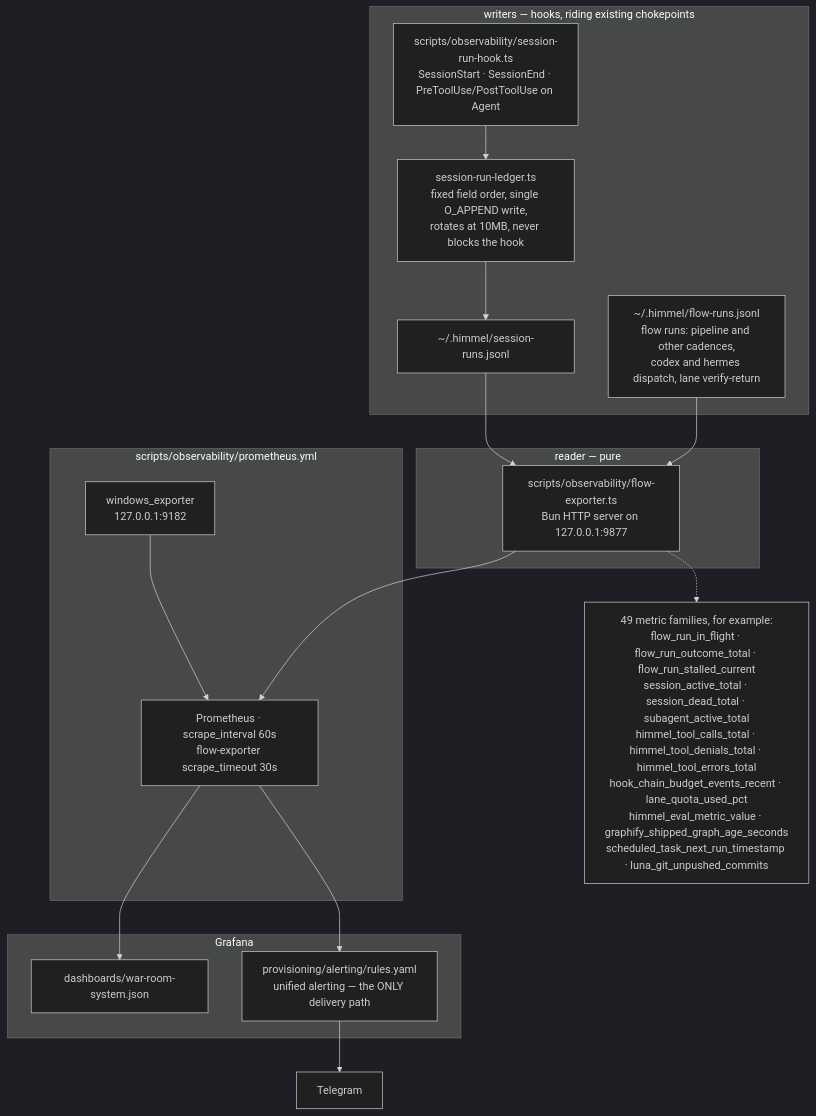
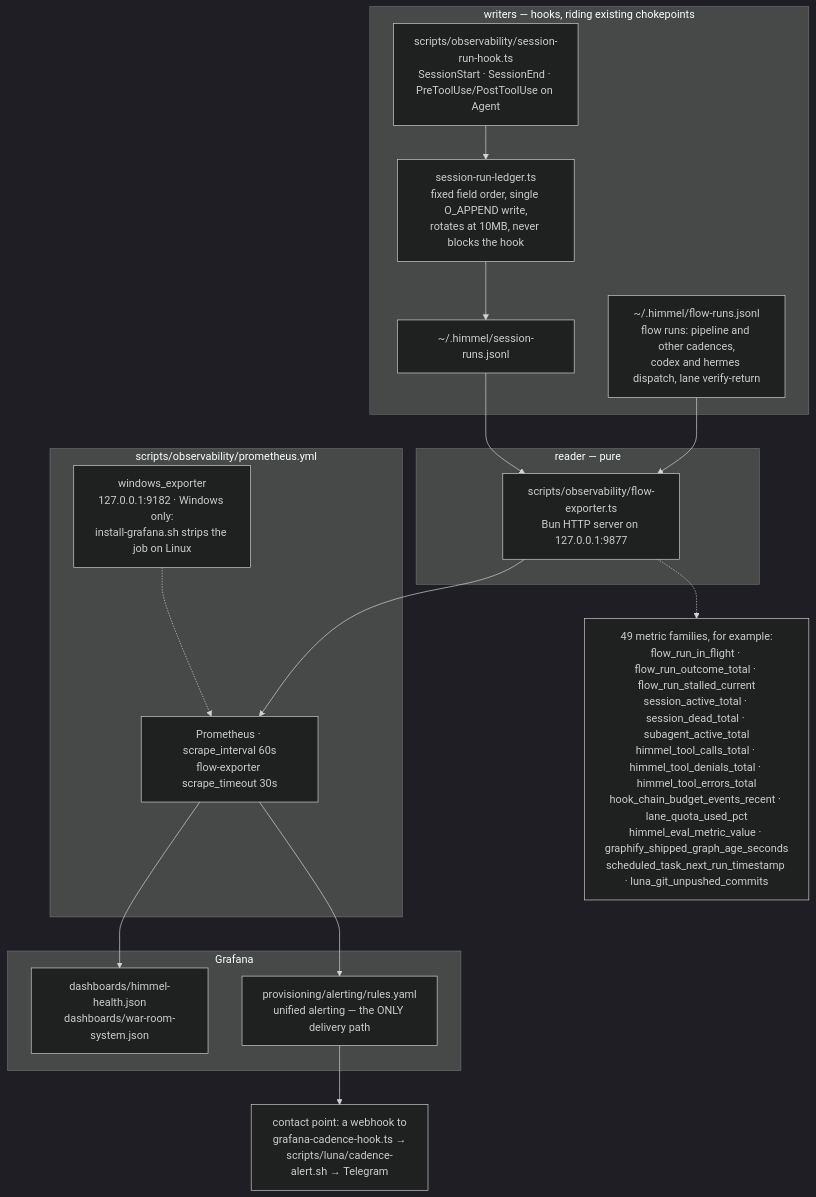
One commit to yotamleo-org/Himmel changed the fifth of 5 diagrams in docs/architecture.md. Above: the diagram before and after it, drawn with Mermaid (dark theme). The commit also changed other lines of this file and 1 other file, not shown here.

First line of the commit message:
docs(docs-site): [HIMMEL-7480] every diagram names what the code at HEAD has

````diff
--- a/docs/architecture.md
+++ b/docs/architecture.md
@@ -278,34 +278,34 @@
 ```mermaid
 flowchart TD
     subgraph WRITE["writers — hooks, riding existing chokepoints"]
         HK["scripts/observability/session-run-hook.ts<br/>SessionStart · SessionEnd · PreToolUse/PostToolUse on Agent"]
         SL["session-run-ledger.ts<br/>fixed field order, single O_APPEND write,<br/>rotates at 10MB, never blocks the hook"]
         LED["~/.himmel/session-runs.jsonl"]
         FLOW["~/.himmel/flow-runs.jsonl<br/>flow runs: pipeline and other cadences,<br/>codex and hermes dispatch, lane verify-return"]
         HK --> SL --> LED
     end
 
     subgraph READ["reader — pure"]
         EXP["scripts/observability/flow-exporter.ts<br/>Bun HTTP server on 127.0.0.1:9877"]
         LED --> EXP
         FLOW --> EXP
     end
 
     subgraph SCRAPE["scripts/observability/prometheus.yml"]
         PROM["Prometheus · scrape_interval 60s<br/>flow-exporter scrape_timeout 30s"]
-        WEXP["windows_exporter<br/>127.0.0.1:9182"]
+        WEXP["windows_exporter<br/>127.0.0.1:9182 · Windows only:<br/>install-grafana.sh strips the job on Linux"]
         EXP --> PROM
-        WEXP --> PROM
+        WEXP -.-> PROM
     end
 
     subgraph VIEW["Grafana"]
-        DASH["dashboards/war-room-system.json"]
+        DASH["dashboards/himmel-health.json<br/>dashboards/war-room-system.json"]
         ALERT["provisioning/alerting/rules.yaml<br/>unified alerting — the ONLY delivery path"]
         PROM --> DASH
         PROM --> ALERT
     end
 
-    ALERT --> TG["Telegram"]
+    ALERT --> TG["contact point: a webhook to<br/>grafana-cadence-hook.ts →<br/>scripts/luna/cadence-alert.sh → Telegram"]
 
     EXP -.-> M["49 metric families, for example:<br/>flow_run_in_flight · flow_run_outcome_total · flow_run_stalled_current<br/>session_active_total · session_dead_total · subagent_active_total<br/>himmel_tool_calls_total · himmel_tool_denials_total · himmel_tool_errors_total<br/>hook_chain_budget_events_recent · lane_quota_used_pct<br/>himmel_eval_metric_value · graphify_shipped_graph_age_seconds<br/>scheduled_task_next_run_timestamp · luna_git_unpushed_commits"]
 ```
````
